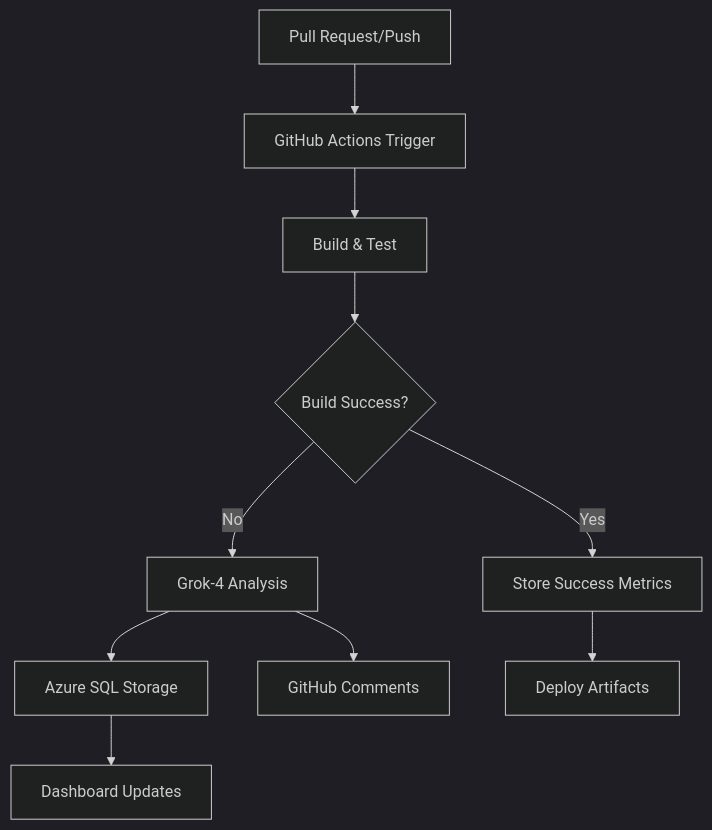
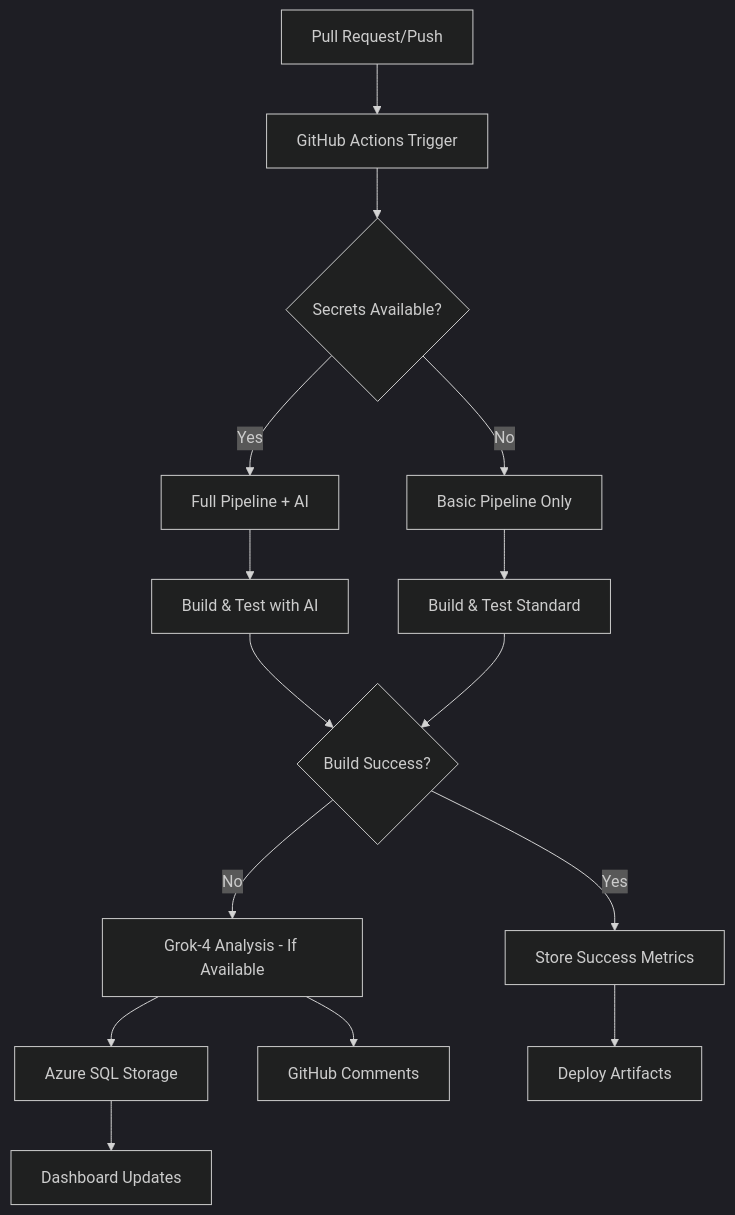
One commit to Bigessfour/BusBuddy-3 changed the diagram in CI-CD-README.md. Above: the diagram before and after it, drawn with Mermaid (dark theme). The commit also changed other lines of this file and 26 other files, not shown here.

````diff
--- a/CI-CD-README.md
+++ b/CI-CD-README.md
@@ -30,12 +54,17 @@
 ```mermaid
 flowchart TD
     A[Pull Request/Push] --> B[GitHub Actions Trigger]
-    B --> C[Build & Test]
-    C --> D{Build Success?}
-    D -->|Yes| E[Store Success Metrics]
-    D -->|No| F[Grok-4 Analysis]
-    F --> G[Azure SQL Storage]
-    F --> H[GitHub Comments]
-    E --> I[Deploy Artifacts]
-    G --> J[Dashboard Updates]
+    B --> C{Secrets Available?}
+    C -->|Yes| D[Full Pipeline + AI]
+    C -->|No| E[Basic Pipeline Only]
+    D --> F[Build & Test with AI]
+    E --> G[Build & Test Standard]
+    F --> H{Build Success?}
+    G --> H
+    H -->|Yes| I[Store Success Metrics]
+    H -->|No| J[Grok-4 Analysis - If Available]
+    J --> K[Azure SQL Storage]
+    J --> L[GitHub Comments]
+    I --> M[Deploy Artifacts]
+    K --> N[Dashboard Updates]
 ```
````
